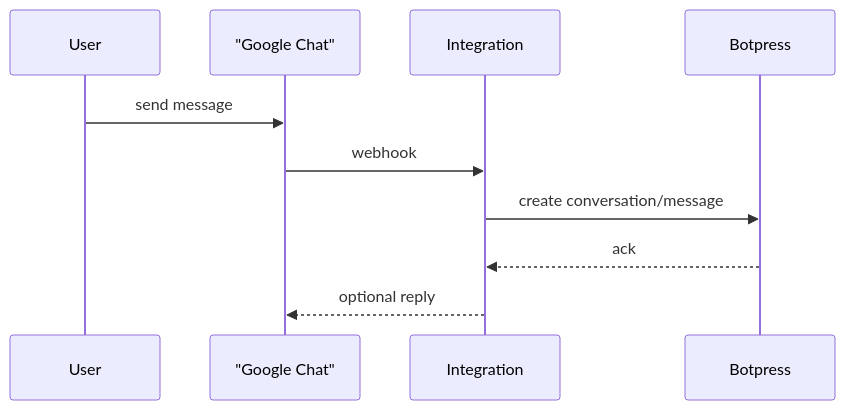
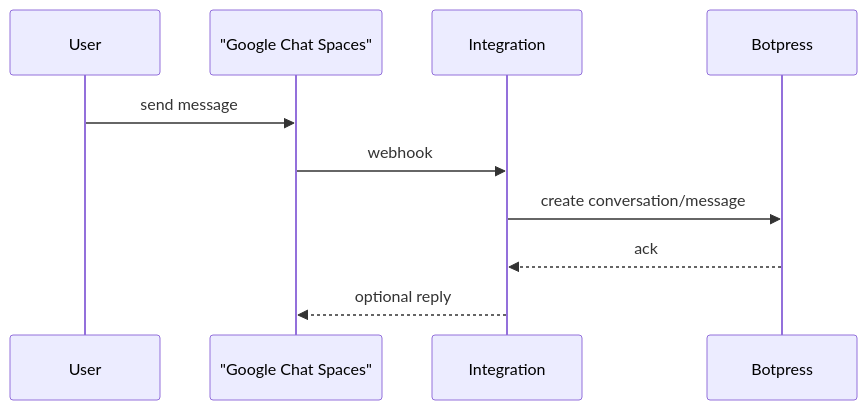
One commit to envyrovasileski/growth changed the second of 2 diagrams in README.md. Above: the diagram before and after it, drawn with Mermaid. The commit also changed other lines of this file, not shown here.

Commit message:
chore(readme): update readme.md to rename google chat (#88)

````diff
--- a/README.md
+++ b/README.md
@@ -28,12 +28,12 @@
 ```mermaid
 sequenceDiagram
   participant User
-  participant GoogleChat as "Google Chat"
+  participant GoogleChat as "Google Chat Spaces"
   participant Integration
   participant Botpress
   User ->> GoogleChat: send message
   GoogleChat ->> Integration: webhook
   Integration ->> Botpress: create conversation/message
   Botpress -->> Integration: ack
   Integration -->> GoogleChat: optional reply
 ```
````
